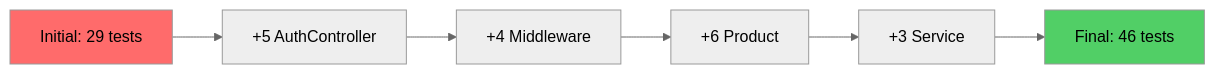
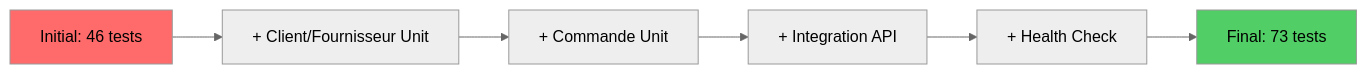
The second of 2 diagrams in docs/sonarcloud.md (HugoRytlewski/AdvancedDevSampleFinal), drawn with Mermaid (neutral theme) before and after one commit. The commit also changed other lines of this file and 9 other files, not shown here.

Commit message:
feat: Add comprehensive API integration tests for Client, Fournisseur, and Commande controllers, including health checks and in-memory repositories.

````diff
--- a/docs/sonarcloud.md
+++ b/docs/sonarcloud.md
@@ -85,11 +86,11 @@
 ```mermaid
 graph LR
-    A[Initial: 29 tests] --> B[+5 AuthController]
-    B --> C[+4 Middleware]
-    C --> D[+6 Product]
-    D --> E[+3 Service]
-    E --> F[Final: 46 tests]
+    A[Initial: 46 tests] --> B[+ Client/Fournisseur Unit]
+    B --> C[+ Commande Unit]
+    C --> D[+ Integration API]
+    D --> E[+ Health Check]
+    E --> F[Final: 73 tests]
     
     style A fill:#ff6b6b
     style F fill:#51cf66
 ```
````
